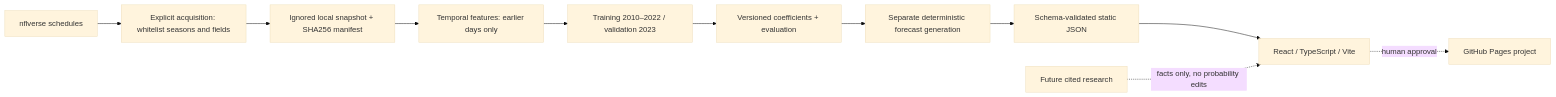
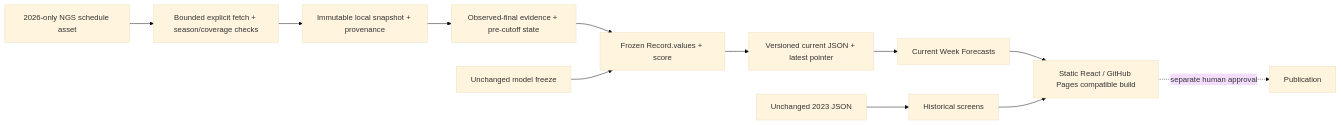
Before and after one commit to warehousegang/fourth-down: the diagram in docs/ARCHITECTURE.md, drawn with Mermaid (base theme). The commit also changed other lines of this file and 33 other files, not shown here.

Commit message:
Add season-isolated current NFL forecasts with frozen-model inference

````diff
--- a/docs/ARCHITECTURE.md
+++ b/docs/ARCHITECTURE.md
@@ -2,13 +3,14 @@
 ```mermaid
 flowchart LR
- A[nflverse schedules] --> B[Explicit acquisition: whitelist seasons and fields]
- B --> C[Ignored local snapshot + SHA256 manifest]
- C --> D[Temporal features: earlier days only]
- D --> E[Training 2010–2022 / validation 2023]
- E --> F[Versioned coefficients + evaluation]
- F --> G[Separate deterministic forecast generation]
- G --> H[Schema-validated static JSON]
- H --> I[React / TypeScript / Vite]
- I -. human approval .-> J[GitHub Pages project]
- K[Future cited research] -. facts only, no probability edits .-> I
+ A[2026-only NGS schedule asset] --> B[Bounded explicit fetch + season/coverage checks]
+ B --> C[Immutable local snapshot + provenance]
+ C --> D[Observed-final evidence + pre-cutoff state]
+ D --> E[Frozen Record.values + score]
+ F[Unchanged model freeze] --> E
+ E --> G[Versioned current JSON + latest pointer]
+ G --> H[Current Week Forecasts]
+ I[Unchanged 2023 JSON] --> J[Historical screens]
+ H --> K[Static React / GitHub Pages compatible build]
+ J --> K
+ K -. separate human approval .-> L[Publication]
 ```
````
